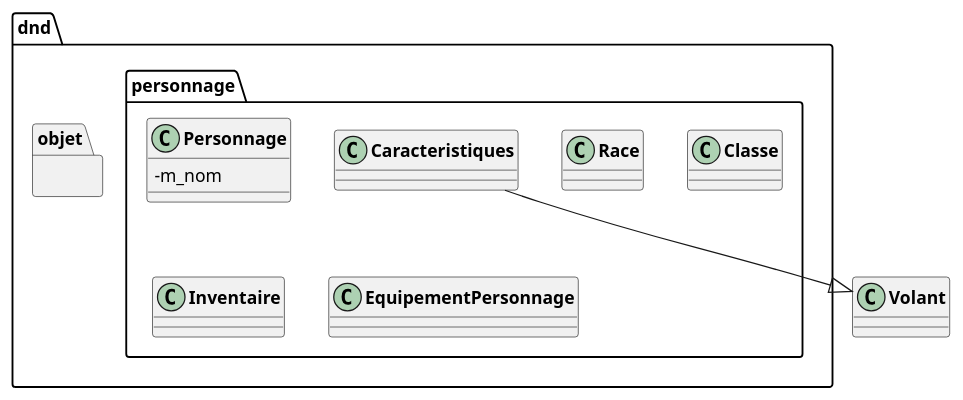
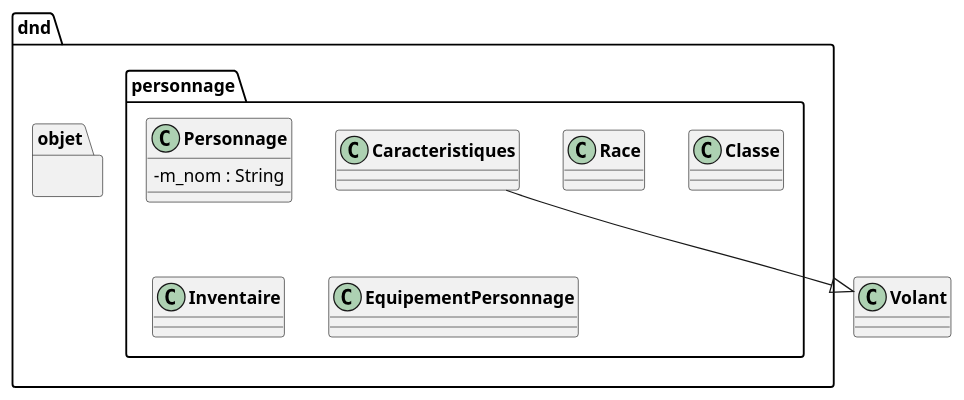
One commit to OlivierDumay/testdonjon changed the diagram in uml/DOOnjon-and-dragons.puml. Above: the diagram before and after it, drawn with PlantUML.

Commit message:
Mise à jour diagramme de classe PlantUML

```diff
--- a/uml/DOOnjon-and-dragons.puml
+++ b/uml/DOOnjon-and-dragons.puml
@@ -1,57 +1,57 @@
 @startuml
 
 skinparam classAttributeIconSize 0
 skinparam classFontStyle Bold
 skinparam style strictuml hide empty members
 
 package dnd
 {
     package personnage
     {
         class Personnage
         {
-            - m_nom
+            - m_nom : String
             ' Race : mettre une composition
             ' Classe : mettre une composition
             ' Inventaire d'équipements : mettre une composition
             ' Équipements : mettre une composition
         }
 
         ' Début classes personnages
 
         class Race
         {
 
         }
 
         class Classe
         {
 
         }
 
         class Inventaire
         {
 
         }
 
         class EquipementPersonnage
         {
 
         }
 
         class Caracteristiques
         {
 
         }
 
     }
 
     package objet
     {
                    
     }
 }
 
 Caracteristiques --|> Volant
 
 @enduml
```
